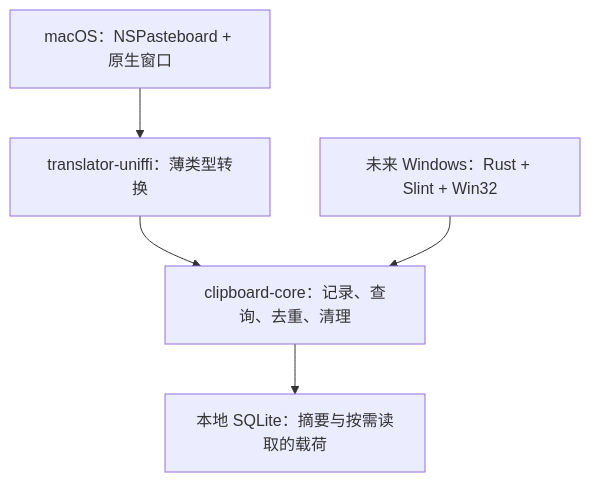
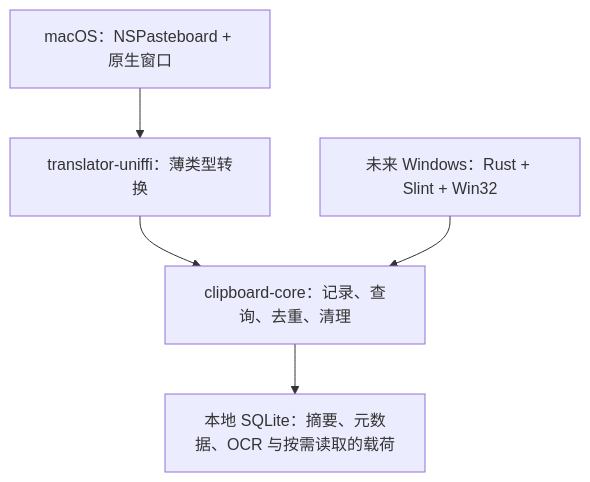
The diagram in docs/CLIPBOARD_HISTORY.md (ldjx7/Polyglance), drawn with Mermaid before and after one commit. The commit also changed other lines of this file and 18 other files, not shown here.

````diff
--- a/docs/CLIPBOARD_HISTORY.md
+++ b/docs/CLIPBOARD_HISTORY.md
@@ -46,7 +57,7 @@
 ```mermaid
 flowchart TD
     M["macOS：NSPasteboard + 原生窗口"] --> F["translator-uniffi：薄类型转换"]
     F --> C["clipboard-core：记录、查询、去重、清理"]
     W["未来 Windows：Rust + Slint + Win32"] --> C
-    C --> D["本地 SQLite：摘要与按需读取的载荷"]
+    C --> D["本地 SQLite：摘要、元数据、OCR 与按需读取的载荷"]
 ```
````
